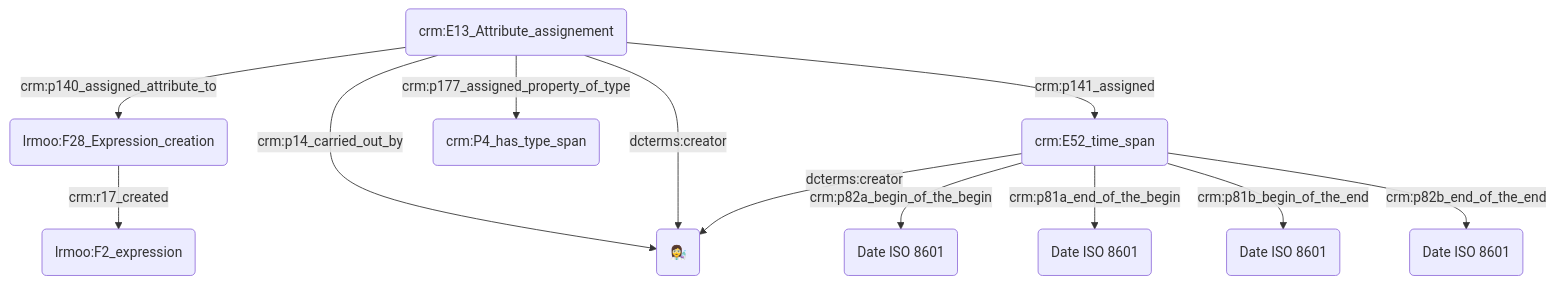
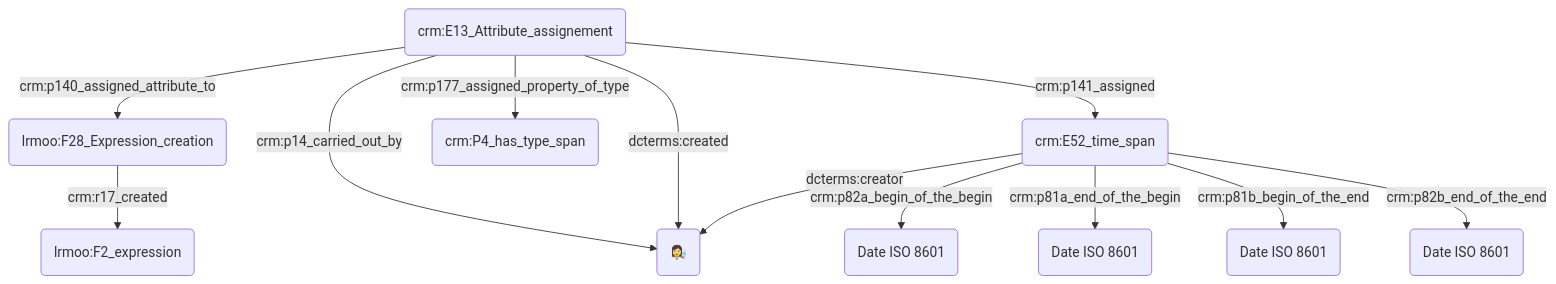
One commit to Amleth/consortium-musica2-gt2-ontologies changed the diagram in modules/dates/2023.09.19_atelier.md. Above: the diagram before and after it, drawn with Mermaid.

````diff
--- a/modules/dates/2023.09.19_atelier.md
+++ b/modules/dates/2023.09.19_atelier.md
@@ -31,24 +31,24 @@
 ```mermaid
 graph TD;
 
 A(lrmoo::F28_Expression_creation) --> |crm:r17_created| B(lrmoo:F2_expression)
 C(crm:E13_Attribute_assignement) --> |crm:p140_assigned_attribute_to| A(lrmoo:F28_Expression_creation)
 C(crm:E13_Attribute_assignement) --> |crm:p141_assigned| D(crm:E52_time_span)
 C(crm:E13_Attribute_assignement) --> |crm:p14_carried_out_by| G("👩‍🔬")
-C(crm:E13_Attribute_assignement) --> |dcterms:creator| G("👩‍🔬")
+C(crm:E13_Attribute_assignement) --> |dcterms:created| G("Date ISO 8601")
 D(crm:E52_time_span) --> |dcterms:creator| G("👩‍🔬")
 
 
 
 C(crm:E13_Attribute_assignement) --> |crm:p177_assigned_property_of_type| E(crm:P4_has_type_span)
 
 D(crm:E52_time_span) --> |crm:p82a_begin_of_the_begin| F("Date ISO 8601")
 D(crm:E52_time_span) --> |crm:p81a_end_of_the_begin| H("Date ISO 8601")
 D(crm:E52_time_span) --> |crm:p81b_begin_of_the_end| I("Date ISO 8601")
 D(crm:E52_time_span) --> |crm:p82b_end_of_the_end| J("Date ISO 8601")
 
 
 
 
 
 ```
````
